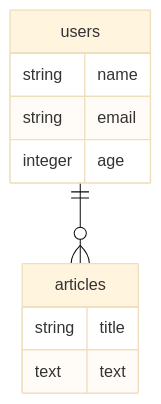
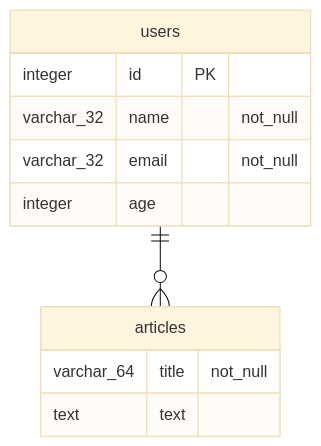
Before and after one commit to ShunichirouKamino/harp: the diagram in harp/doc/sample-er.md, drawn with Mermaid (base theme). The commit also changed 3 other files, not shown here.

````diff
--- a/harp/doc/sample-er.md
+++ b/harp/doc/sample-er.md
@@ -1,16 +1,17 @@
 ```mermaid
 erDiagram
 
 users ||--o{ articles: ""
 
 users {
-  string name
-  string email
+  integer id PK
+  varchar_32 name "not_null"
+  varchar_32 email "not_null"
   integer age
 }
 
 articles {
-  string title
+  varchar_64 title "not_null"
   text text
 }
 ```
````
